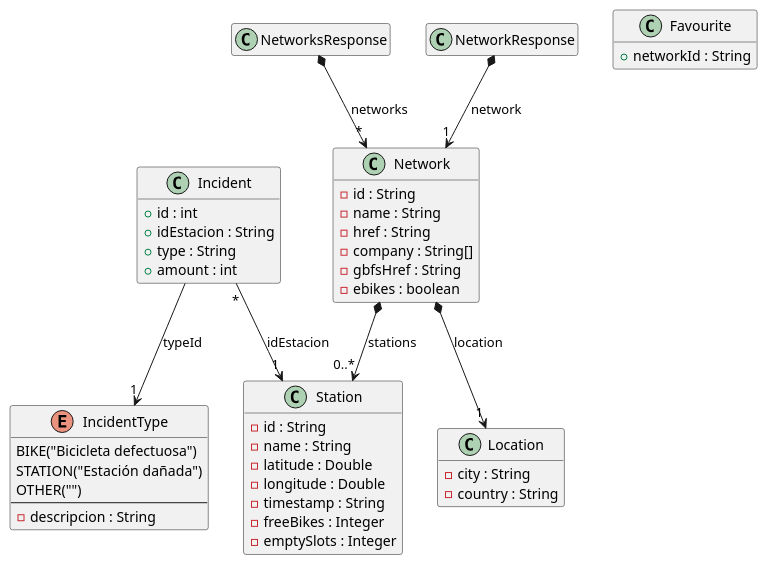
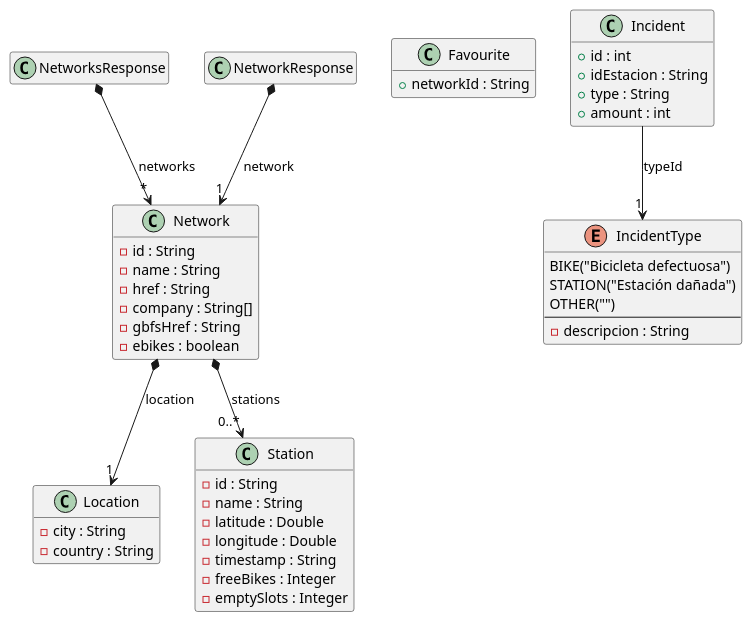
Before and after one commit to isunican/App-Bicis-Grupo1: the diagram in Docs/Models/domain.puml, drawn with PlantUML.

Commit message:
Arreglado modelo de dominio

```diff
--- a/Docs/Models/domain.puml
+++ b/Docs/Models/domain.puml
@@ -1,64 +1,63 @@
 @startuml
 
 hide empty members
 
 class Network {
     - id : String
     - name : String
     - href : String
     - company : String[]
     - gbfsHref : String
     - ebikes : boolean
 }
 
 class Location {
     - city : String
     - country : String
 }
 
 class Favourite {
     + networkId : String
 }
 
 class NetworksResponse {
 
 }
 
 class NetworkResponse {
     
 }
 
 class Station {
     - id : String
     - name : String
     - latitude : Double
     - longitude : Double
     - timestamp : String
     - freeBikes : Integer
     - emptySlots : Integer
 }
 
 class Incident {
     + id : int
     + idEstacion : String
     + type : String
     + amount : int
 }
 
 enum IncidentType {
     BIKE("Bicicleta defectuosa")
     STATION("Estación dañada")
     OTHER("")
     --
     - descripcion : String
 }
 
 Network *--> "1" Location : location
 Network *--> "0..*" Station : stations
 NetworksResponse *--> "*" Network : networks
 NetworkResponse *--> "1" Network : network
 
 Incident --> "1" IncidentType : typeId
-Incident "*" --> "1" Station : idEstacion
 
 @enduml
```
